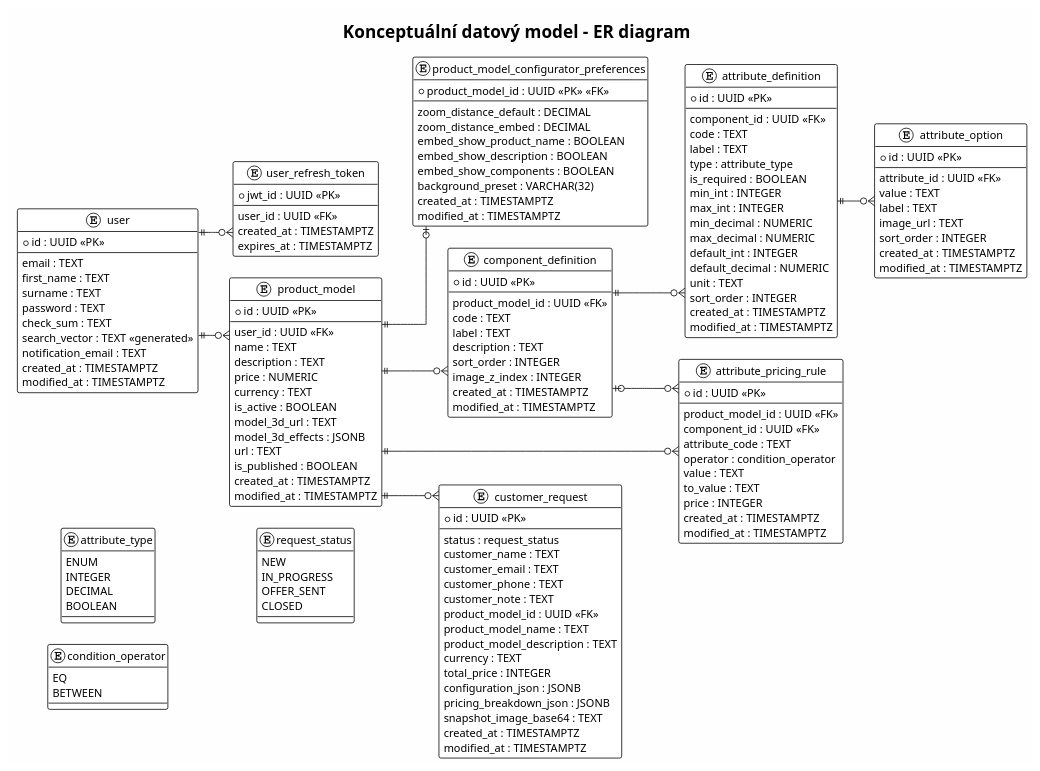
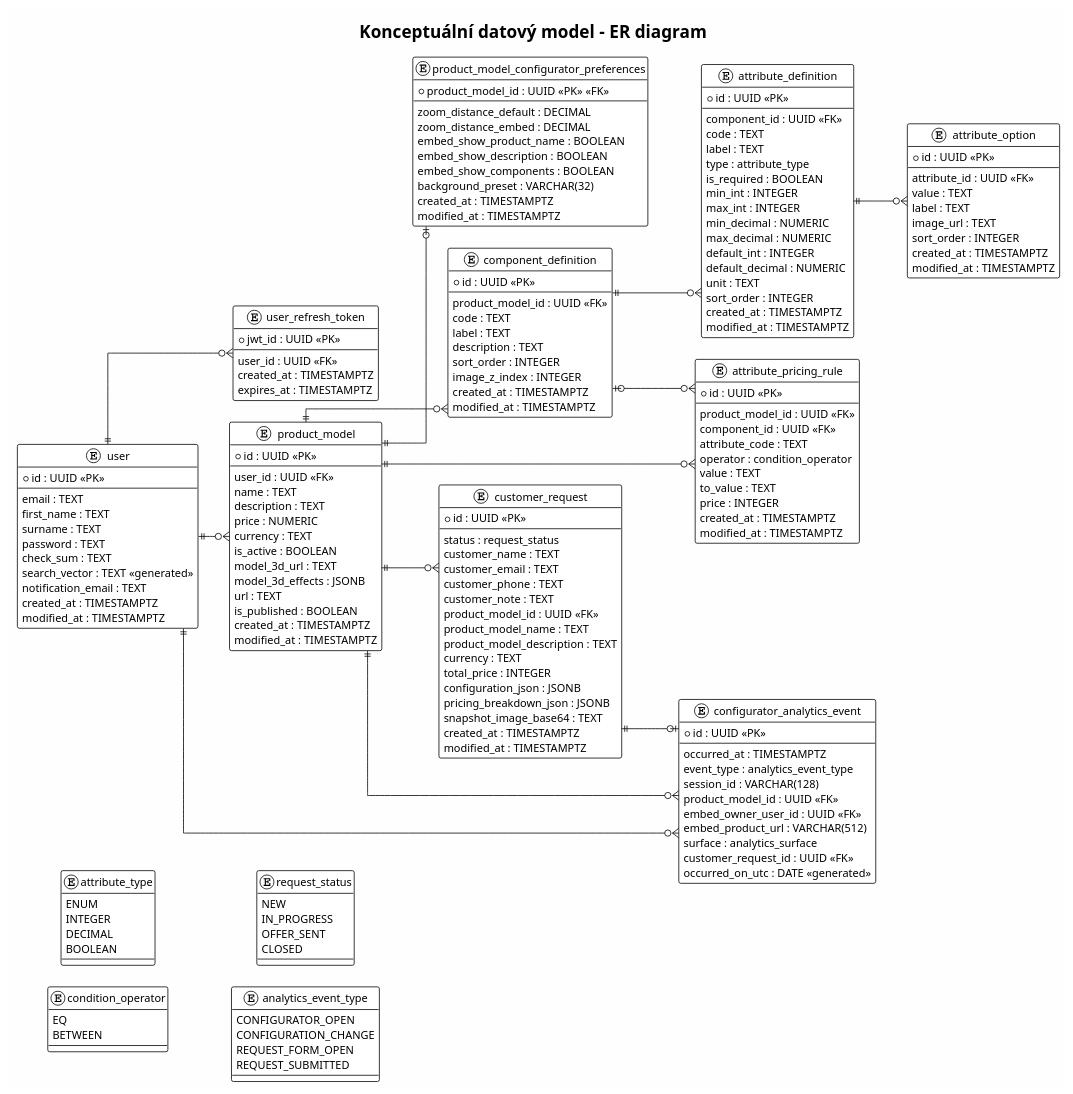
Before and after one commit to vokounovaeliska/product-configurator: the diagram in docs/diagrams/database-model.puml, drawn with PlantUML. The commit also changed 2 other files, not shown here.

Commit message:
chore: update database model

```diff
--- a/docs/diagrams/database-model.puml
+++ b/docs/diagrams/database-model.puml
@@ -1,4 +1,4 @@
-@startuml database-model
+@startuml
 !theme plain
 skinparam linetype ortho
 skinparam backgroundColor #FEFEFE
@@ -28,6 +28,14 @@
   IN_PROGRESS
   OFFER_SENT
   CLOSED
+}
+
+' Analytics (DB: VARCHAR + CHECK; enums = allowed values)
+enum analytics_event_type {
+  CONFIGURATOR_OPEN
+  CONFIGURATION_CHANGE
+  REQUEST_FORM_OPEN
+  REQUEST_SUBMITTED
 }
 
 ' User & Auth
@@ -163,18 +171,36 @@
   modified_at : TIMESTAMPTZ
 }
 
+' Configurator / embed analytics (append-only events; dedupe indexes in DB)
+entity "configurator_analytics_event" as configurator_analytics_event {
+  * id : UUID <<PK>>
+  --
+  occurred_at : TIMESTAMPTZ
+  event_type : analytics_event_type
+  session_id : VARCHAR(128)
+  product_model_id : UUID <<FK>>
+  embed_owner_user_id : UUID <<FK>>
+  embed_product_url : VARCHAR(512)
+  surface : analytics_surface
+  customer_request_id : UUID <<FK>>
+  occurred_on_utc : DATE <<generated>>
+}
+
 ' Relationships (conceptual schema – no relation names)
 user ||--o{ user_refresh_token
 user ||--o{ product_model
+user ||--o{ configurator_analytics_event
 
 product_model ||--o| configurator_prefs
 product_model ||--o{ component_definition
 product_model ||--o{ attribute_pricing_rule
 product_model ||--o{ customer_request
+product_model ||--o{ configurator_analytics_event
+
+customer_request ||--o| configurator_analytics_event
 
 component_definition ||--o{ attribute_definition
 attribute_definition ||--o{ attribute_option
 
 component_definition |o--o{ attribute_pricing_rule
-
 @enduml
```
